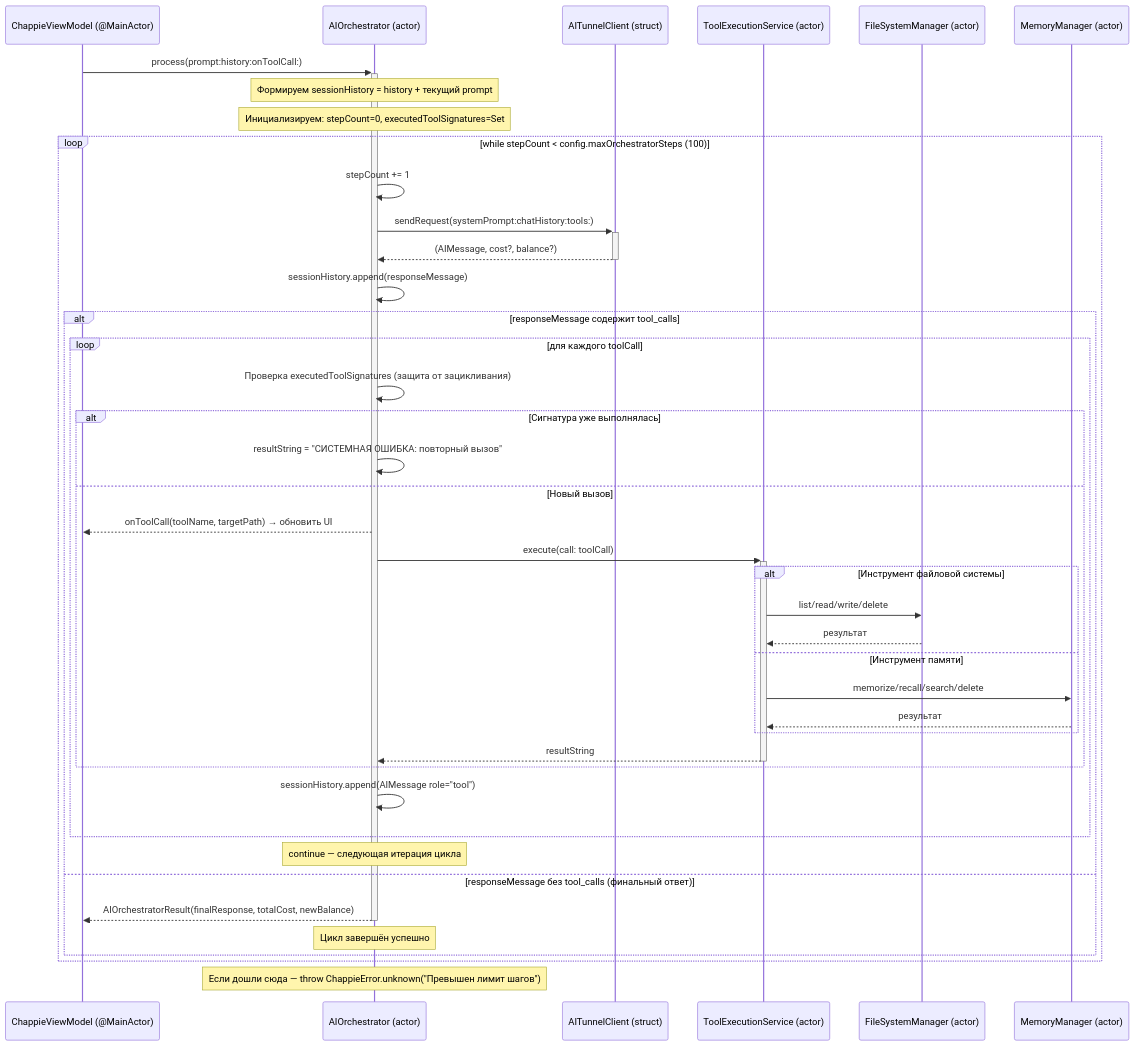
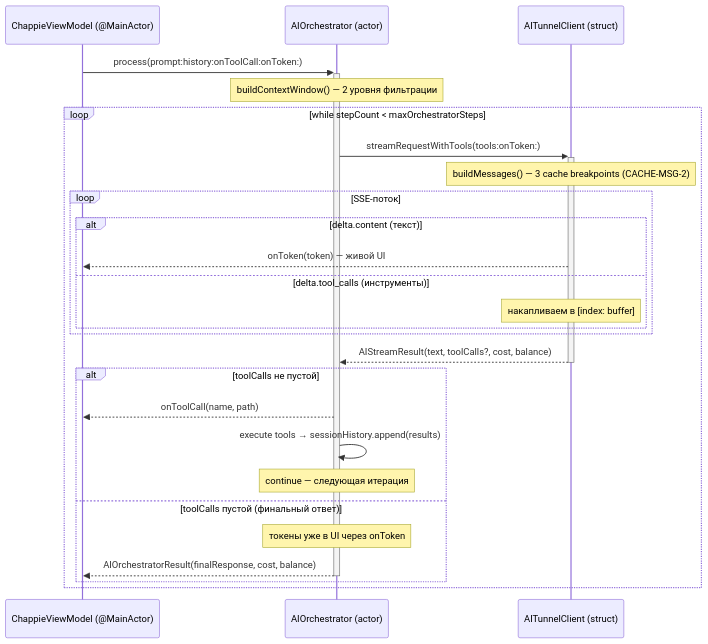
The diagram in ChappieCore/AI_Docs/architecture.md (iOSIvanovS/chappieai), drawn with Mermaid before and after one commit. The commit also changed other lines of this file and 36 other files, not shown here.

````diff
--- a/ChappieCore/AI_Docs/architecture.md
+++ b/ChappieCore/AI_Docs/architecture.md
@@ -102,49 +238,31 @@
 ```mermaid
 sequenceDiagram
     participant VM as ChappieViewModel (@MainActor)
     participant Orch as AIOrchestrator (actor)
     participant Tunnel as AITunnelClient (struct)
-    participant Tools as ToolExecutionService (actor)
-    participant FS as FileSystemManager (actor)
-    participant Mem as MemoryManager (actor)
 
-    VM->>+Orch: process(prompt:history:onToolCall:)
+    VM->>+Orch: process(prompt:history:onToolCall:onToken:)
+    Note over Orch: buildContextWindow() — 2 уровня фильтрации
 
-    Note over Orch: Формируем sessionHistory = history + текущий prompt
-    Note over Orch: Инициализируем: stepCount=0, executedToolSignatures=Set
+    loop while stepCount < maxOrchestratorSteps
+        Orch->>+Tunnel: streamRequestWithTools(tools:onToken:)
+        Note over Tunnel: buildMessages() — 3 cache breakpoints (CACHE-MSG-2)
+        loop SSE-поток
+            alt delta.content (текст)
+                Tunnel-->>VM: onToken(token) — живой UI
+            else delta.tool_calls (инструменты)
+                Note over Tunnel: накапливаем в [index: buffer]
+            end
+        end
+        Tunnel-->>-Orch: AIStreamResult(text, toolCalls?, cost, balance)
 
-    loop while stepCount < config.maxOrchestratorSteps (100)
-        Orch->>Orch: stepCount += 1
-        Orch->>+Tunnel: sendRequest(systemPrompt:chatHistory:tools:)
-        Tunnel-->>-Orch: (AIMessage, cost?, balance?)
-        Orch->>Orch: sessionHistory.append(responseMessage)
-
-        alt responseMessage содержит tool_calls
-            loop для каждого toolCall
-                Orch->>Orch: Проверка executedToolSignatures (защита от зацикливания)
-                alt Сигнатура уже выполнялась
-                    Orch->>Orch: resultString = "СИСТЕМНАЯ ОШИБКА: повторный вызов"
-                else Новый вызов
-                    Orch-->>VM: onToolCall(toolName, targetPath) → обновить UI
-                    Orch->>+Tools: execute(call: toolCall)
-                    alt Инструмент файловой системы
-                        Tools->>FS: list/read/write/delete
-                        FS-->>Tools: результат
-                    else Инструмент памяти
-                        Tools->>Mem: memorize/recall/search/delete
-                        Mem-->>Tools: результат
-                    end
-                    Tools-->>-Orch: resultString
-                end
-                Orch->>Orch: sessionHistory.append(AIMessage role="tool")
-            end
-            Note over Orch: continue — следующая итерация цикла
-
-        else responseMessage без tool_calls (финальный ответ)
-            Orch-->>-VM: AIOrchestratorResult(finalResponse, totalCost, newBalance)
-            Note over Orch: Цикл завершён успешно
+        alt toolCalls не пустой
+            Orch-->>VM: onToolCall(name, path)
+            Orch->>Orch: execute tools → sessionHistory.append(results)
+            Note over Orch: continue — следующая итерация
+        else toolCalls пустой (финальный ответ)
+            Note over Orch: токены уже в UI через onToken
+            Orch-->>-VM: AIOrchestratorResult(finalResponse, cost, balance)
         end
     end
-
-    Note over Orch: Если дошли сюда — throw ChappieError.unknown("Превышен лимит шагов")
 ```
````
